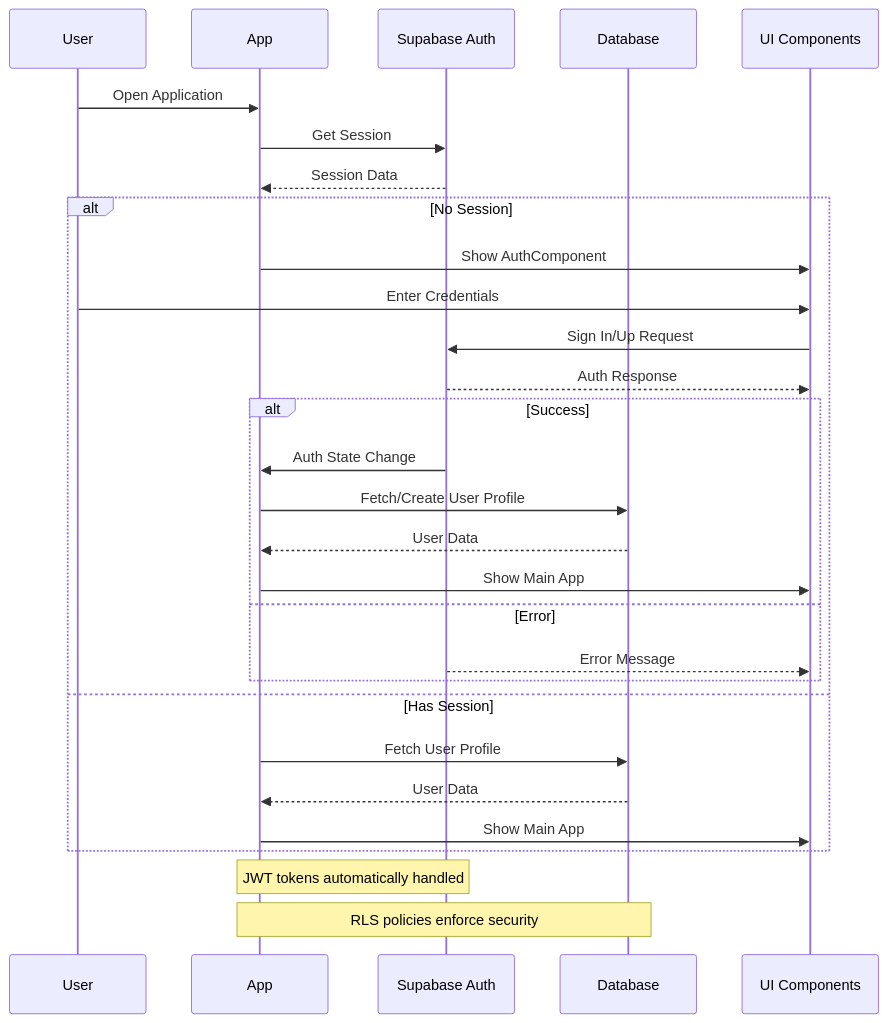
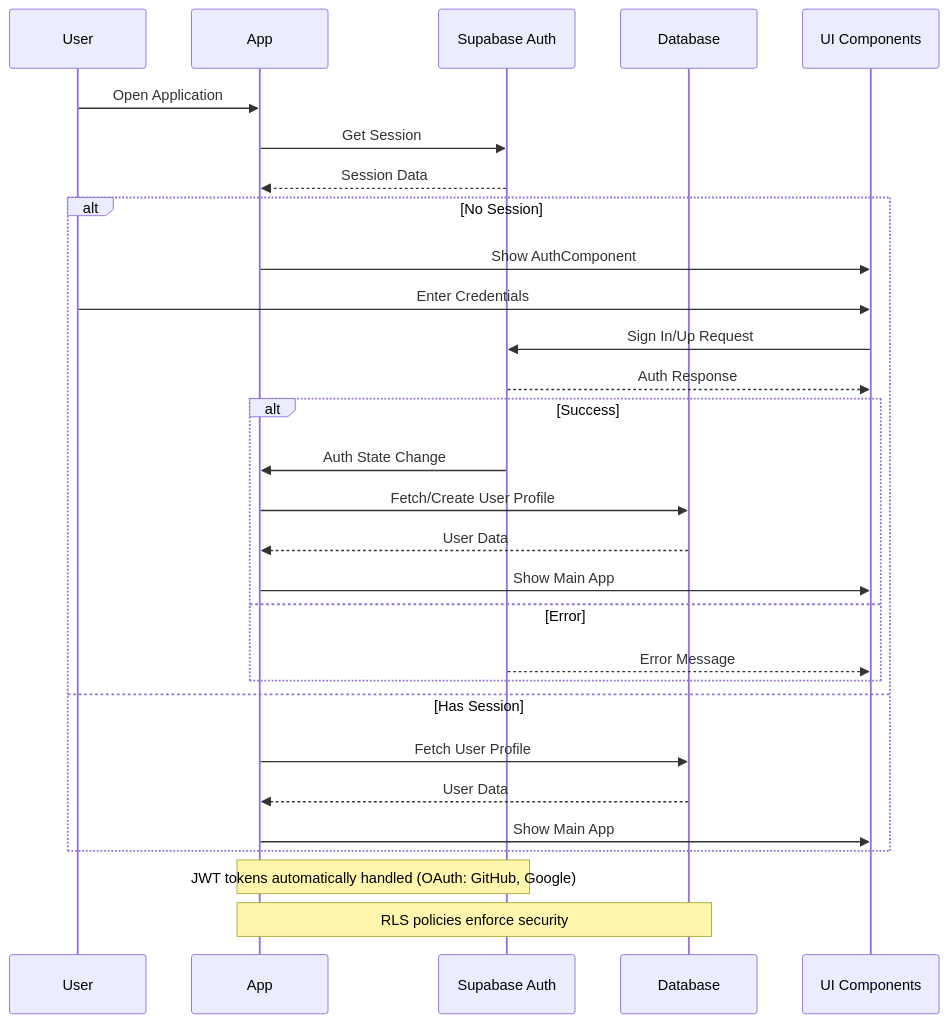
The fifth of 14 diagrams in docs/architecture/ARCHITECTURE.md (abhi-singhs/slackhub-messenger), drawn with Mermaid before and after one commit. The commit also changed other lines of this file and 12 other files, not shown here.

Commit message:
Add Google OAuth integration alongside GitHub; update documentation and components

````diff
--- a/docs/architecture/ARCHITECTURE.md
+++ b/docs/architecture/ARCHITECTURE.md
@@ -270,35 +272,35 @@
 ```mermaid
 sequenceDiagram
     participant U as User
     participant A as App
     participant S as Supabase Auth
     participant D as Database
     participant UI as UI Components
     
     U->>A: Open Application
     A->>S: Get Session
     S-->>A: Session Data
     
     alt No Session
         A->>UI: Show AuthComponent
         U->>UI: Enter Credentials
         UI->>S: Sign In/Up Request
         S-->>UI: Auth Response
         
         alt Success
             S->>A: Auth State Change
             A->>D: Fetch/Create User Profile
             D-->>A: User Data
             A->>UI: Show Main App
         else Error
             S-->>UI: Error Message
         end
     else Has Session
         A->>D: Fetch User Profile
         D-->>A: User Data
         A->>UI: Show Main App
     end
     
-    Note over A,S: JWT tokens automatically handled
+    Note over A,S: JWT tokens automatically handled (OAuth: GitHub, Google)
     Note over A,D: RLS policies enforce security
 ```
````
